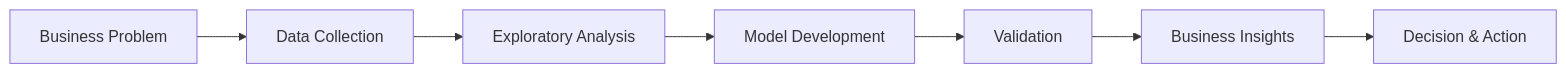
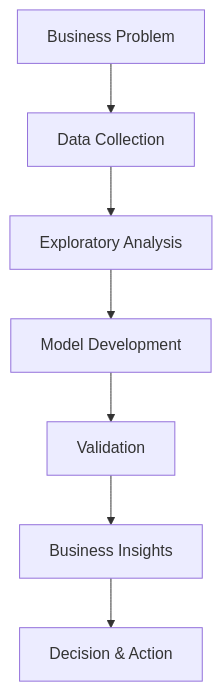
The diagram in about.qmd (WendyLucio/wendy-eportfolio), drawn with Mermaid before and after one commit. The commit also changed other lines of this file and 25 other files, not shown here.

````diff
--- a/about.qmd
+++ b/about.qmd
@@ -70,9 +70,11 @@
 ```{mermaid}
-flowchart LR
+%%| fig-width: 6
+%%| fig-height: 4
+flowchart TD
     A[Business Problem] --> B[Data Collection]
     B --> C[Exploratory Analysis]
     C --> D[Model Development]
     D --> E[Validation]
     E --> F[Business Insights]
     F --> G[Decision & Action]
 ```
````
